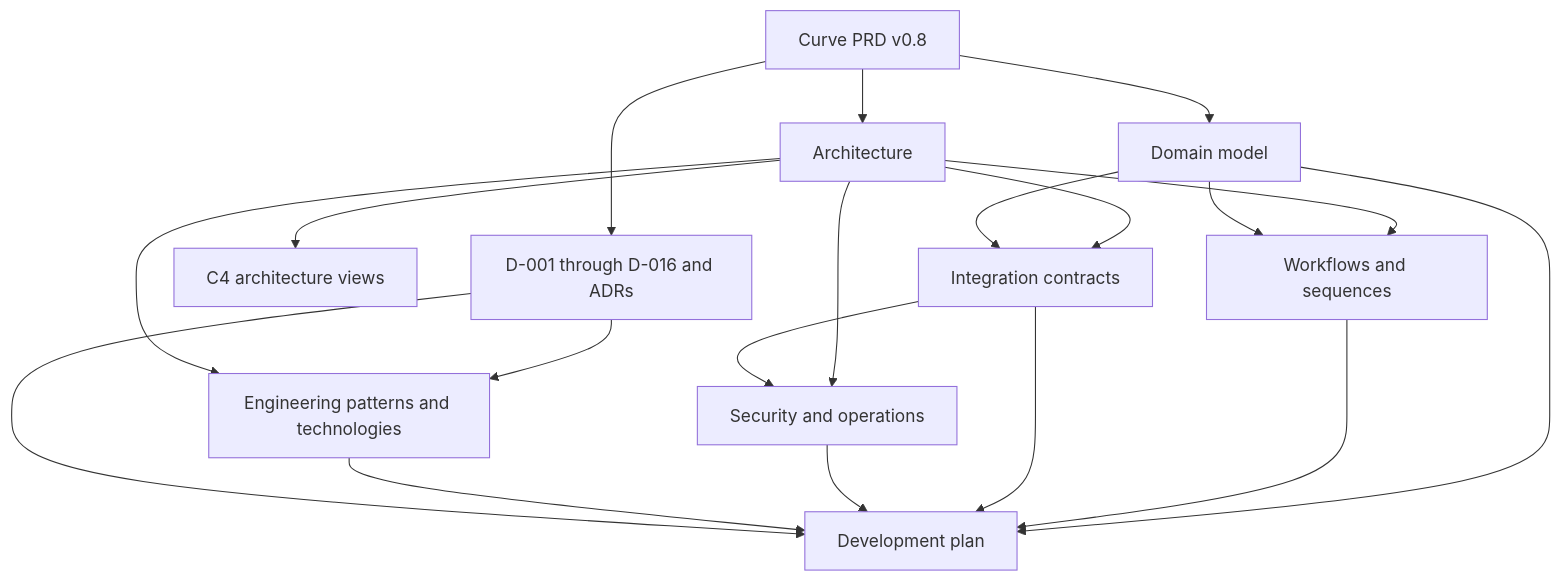
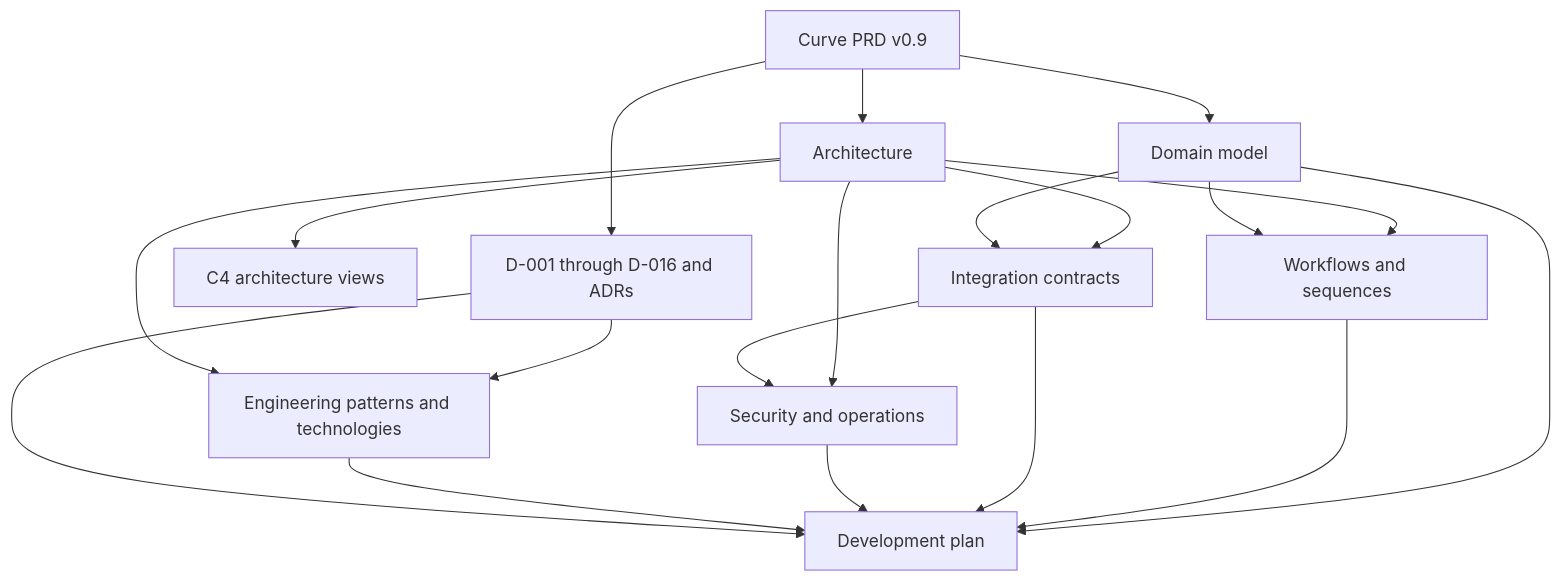
The diagram in docs/technical/README.md (faocampo/curve), drawn with Mermaid before and after one commit. The commit also changed other lines of this file and 24 other files, not shown here.

````diff
--- a/docs/technical/README.md
+++ b/docs/technical/README.md
@@ -95,21 +95,21 @@
 ```mermaid
 flowchart TD
-    prd["Curve PRD v0.8"] --> decisions["D-001 through D-016 and ADRs"]
+    prd["Curve PRD v0.9"] --> decisions["D-001 through D-016 and ADRs"]
     prd --> architecture[Architecture]
     architecture --> c4["C4 architecture views"]
     prd --> domain[Domain model]
     architecture --> workflows[Workflows and sequences]
     domain --> workflows
     architecture --> integrations[Integration contracts]
     domain --> integrations
     architecture --> security[Security and operations]
     integrations --> security
     decisions --> technology["Engineering patterns and technologies"]
     architecture --> technology
     domain --> plan[Development plan]
     workflows --> plan
     integrations --> plan
     security --> plan
     technology --> plan
     decisions --> plan
 ```
````
